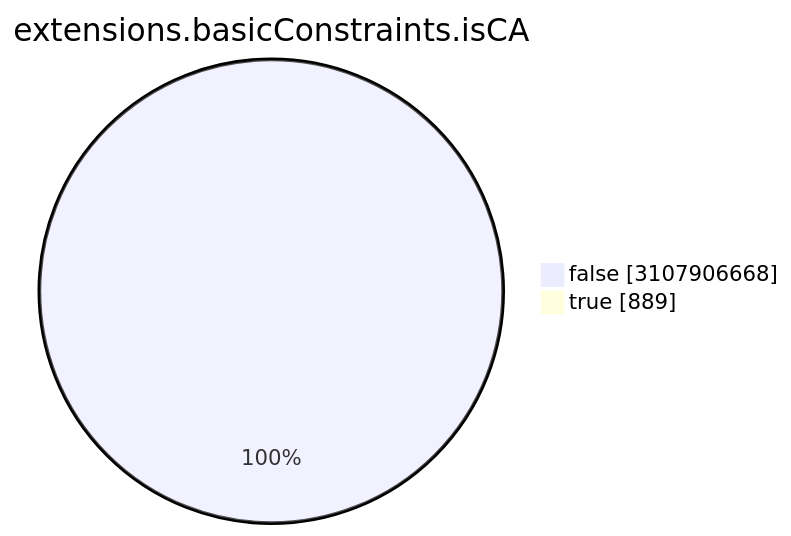
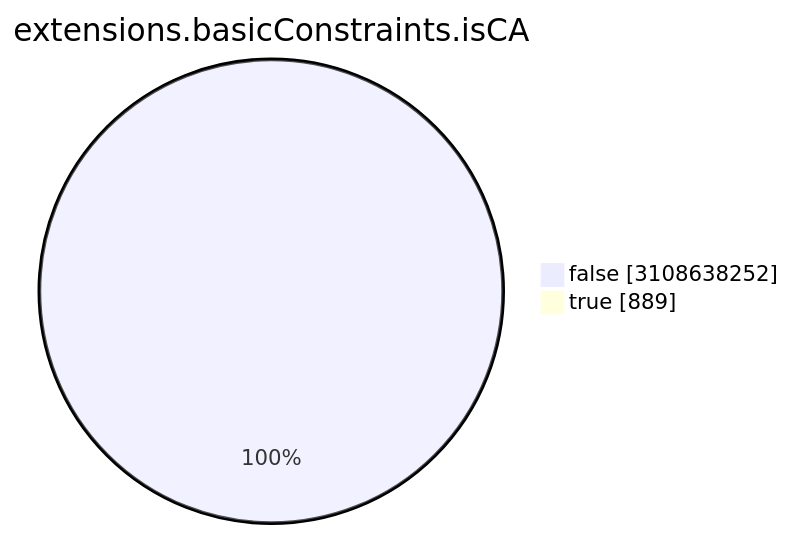
One commit to christiankrug/ctmonitor_visualization changed the seventh of 15 diagrams in TOTAL/README.md. Above: the diagram before and after it, drawn with Mermaid. The commit also changed other lines of this file, not shown here.

````diff
--- a/TOTAL/README.md
+++ b/TOTAL/README.md
@@ -3086,6 +3086,6 @@
 ```mermaid
 pie showData
 title extensions.basicConstraints.isCA
-"false" :3107906668
+"false" :3108638252
 "true" :889
 ```
````
